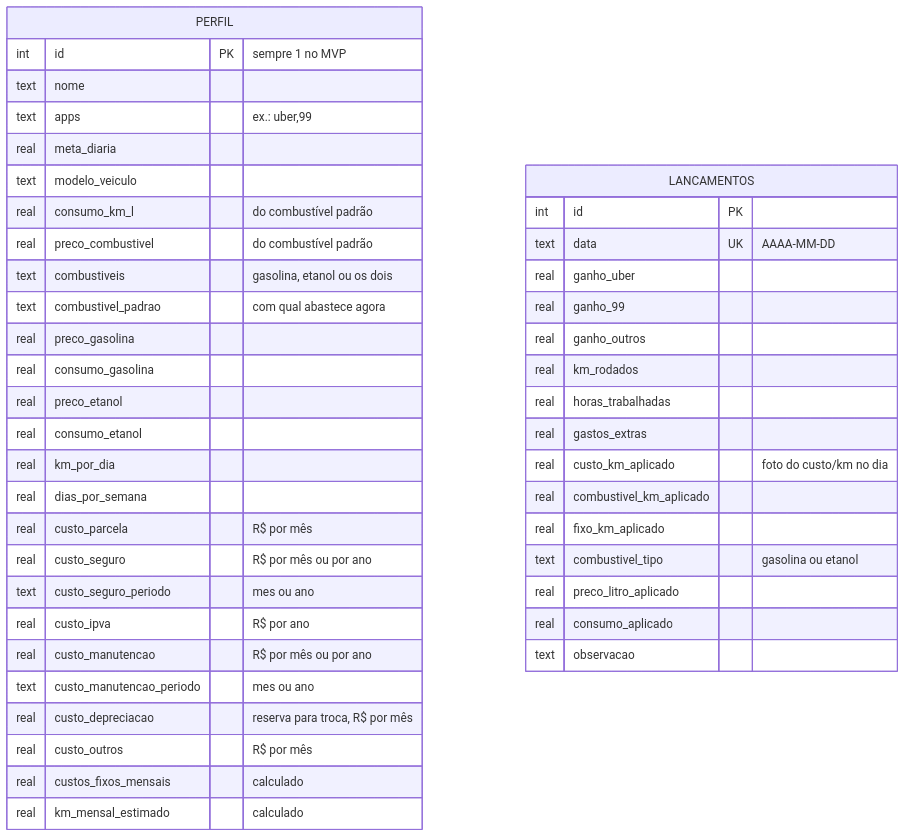
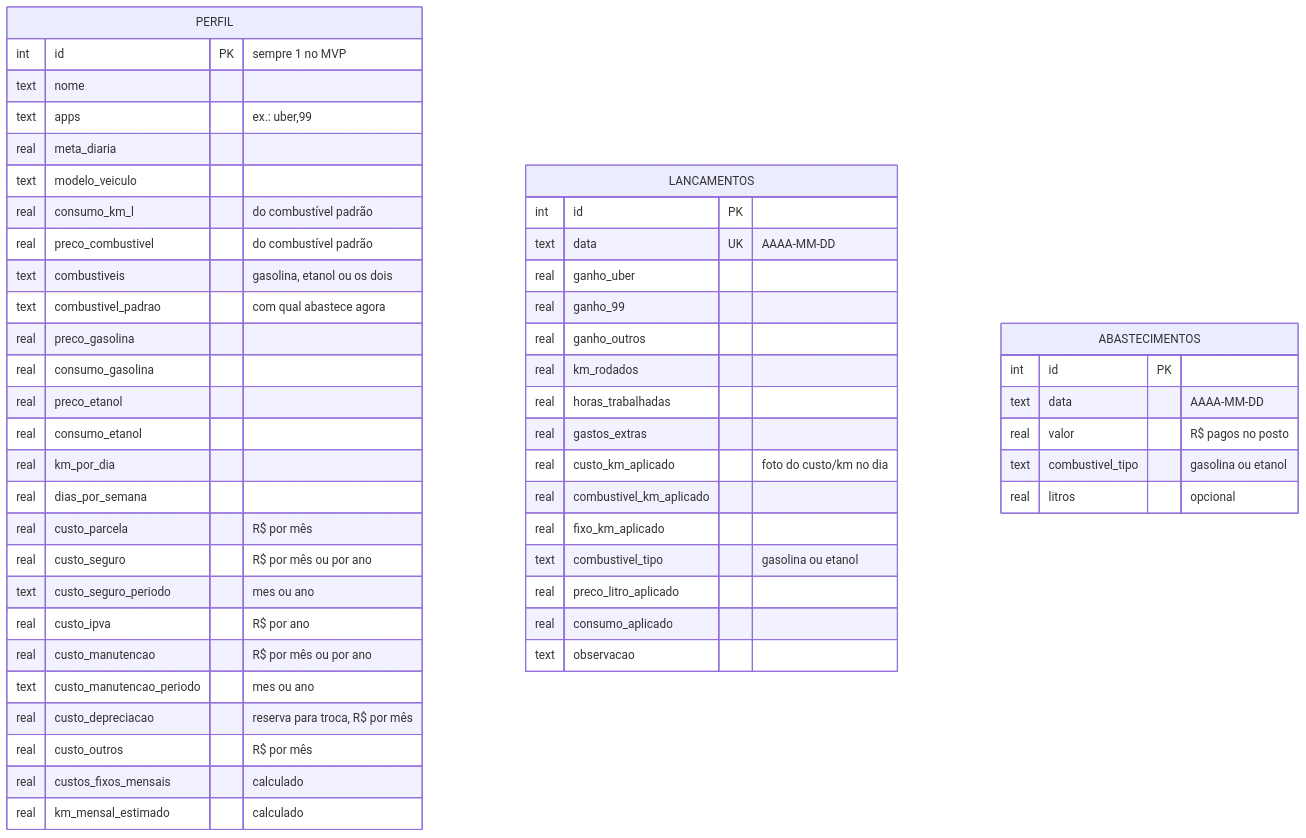
The second of 2 diagrams in README.md (lucasMD10/Quilo-metro-Labs), drawn with Mermaid before and after one commit. The commit also changed other lines of this file and 13 other files, not shown here.

````diff
--- a/README.md
+++ b/README.md
@@ -207,47 +209,54 @@
 ```mermaid
 erDiagram
   PERFIL {
     int id PK "sempre 1 no MVP"
     text nome
     text apps "ex.: uber,99"
     real meta_diaria
     text modelo_veiculo
     real consumo_km_l "do combustível padrão"
     real preco_combustivel "do combustível padrão"
     text combustiveis "gasolina, etanol ou os dois"
     text combustivel_padrao "com qual abastece agora"
     real preco_gasolina
     real consumo_gasolina
     real preco_etanol
     real consumo_etanol
     real km_por_dia
     real dias_por_semana
     real custo_parcela "R$ por mês"
     real custo_seguro "R$ por mês ou por ano"
     text custo_seguro_periodo "mes ou ano"
     real custo_ipva "R$ por ano"
     real custo_manutencao "R$ por mês ou por ano"
     text custo_manutencao_periodo "mes ou ano"
     real custo_depreciacao "reserva para troca, R$ por mês"
     real custo_outros "R$ por mês"
     real custos_fixos_mensais "calculado"
     real km_mensal_estimado "calculado"
   }
   LANCAMENTOS {
     int id PK
     text data UK "AAAA-MM-DD"
     real ganho_uber
     real ganho_99
     real ganho_outros
     real km_rodados
     real horas_trabalhadas
     real gastos_extras
     real custo_km_aplicado "foto do custo/km no dia"
     real combustivel_km_aplicado
     real fixo_km_aplicado
     text combustivel_tipo "gasolina ou etanol"
     real preco_litro_aplicado
     real consumo_aplicado
     text observacao
   }
+  ABASTECIMENTOS {
+    int id PK
+    text data "AAAA-MM-DD"
+    real valor "R$ pagos no posto"
+    text combustivel_tipo "gasolina ou etanol"
+    real litros "opcional"
+  }
 ```
````
